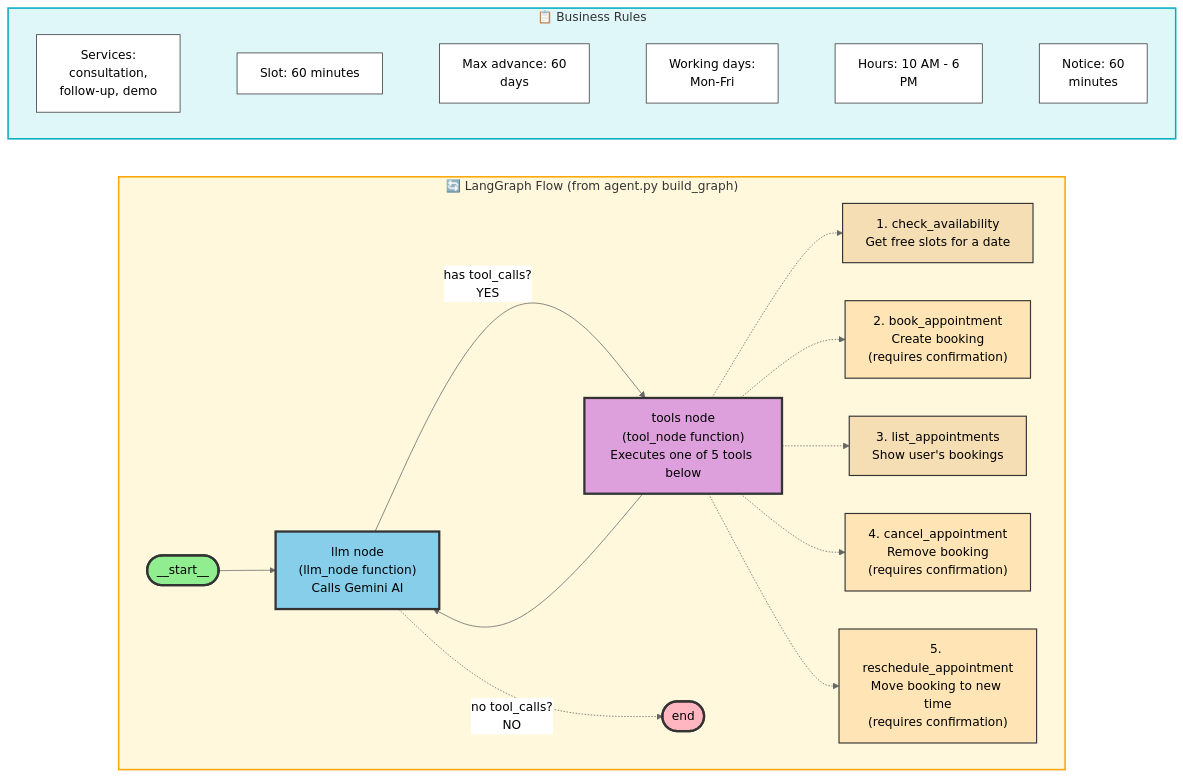
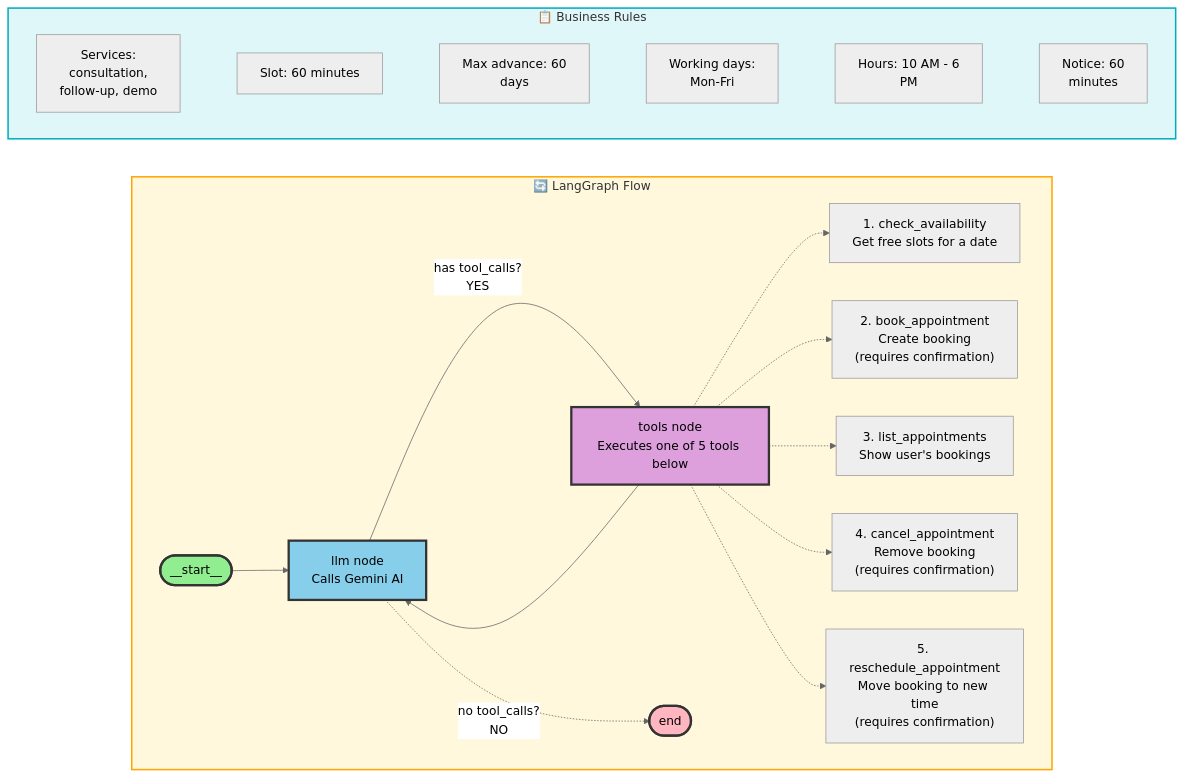
One commit to SoftCr8ors/AI-Appointment-Booking-Agent changed the diagram in README.md. Above: the diagram before and after it, drawn with Mermaid (neutral theme). The commit also changed other lines of this file, not shown here.

Commit message:
Simplify System Flow diagram - remove verbose labels and styling

````diff
--- a/README.md
+++ b/README.md
@@ -28,61 +28,48 @@
 ```mermaid
 flowchart TB
     subgraph RULES["📋 Business Rules"]
         direction LR
         R1["Services:<br/>consultation,<br/>follow-up, demo"]
         R2["Slot: 60 minutes"]
         R3["Max advance: 60<br/>days"]
         R4["Working days:<br/>Mon-Fri"]
         R5["Hours: 10 AM - 6<br/>PM"]
         R6["Notice: 60<br/>minutes"]
-
+        
         R1 ~~~ R2 ~~~ R3 ~~~ R4 ~~~ R5 ~~~ R6
     end
 
-    subgraph FLOW["🔄 LangGraph Flow (from agent.py build_graph)"]
+    subgraph FLOW["🔄 LangGraph Flow"]
         START(["__start__"])
-        LLM["llm node<br/>(llm_node function)<br/>Calls Gemini AI"]
-        TOOLS["tools node<br/>(tool_node function)<br/>Executes one of 5 tools below"]
+        LLM["llm node<br/>Calls Gemini AI"]
+        TOOLS["tools node<br/>Executes one of 5 tools below"]
         END(["end"])
-
+        
         T1["1. check_availability<br/>Get free slots for a date"]
         T2["2. book_appointment<br/>Create booking<br/>(requires confirmation)"]
         T3["3. list_appointments<br/>Show user's bookings"]
         T4["4. cancel_appointment<br/>Remove booking<br/>(requires confirmation)"]
         T5["5. reschedule_appointment<br/>Move booking to new time<br/>(requires confirmation)"]
-
+        
         START --> LLM
         LLM -->|"has tool_calls?<br/>YES"| TOOLS
         LLM -.->|"no tool_calls?<br/>NO"| END
         TOOLS --> LLM
-
+        
         TOOLS -.-> T1
         TOOLS -.-> T2
         TOOLS -.-> T3
         TOOLS -.-> T4
         TOOLS -.-> T5
     end
 
     RULES ~~~ FLOW
 
     style RULES fill:#E0F7FA,stroke:#00ACC1,stroke-width:2px
     style FLOW fill:#FFF8DC,stroke:#FFA500,stroke-width:2px
-
+    
     style START fill:#90EE90,stroke:#333,stroke-width:3px
     style LLM fill:#87CEEB,stroke:#333,stroke-width:3px
     style TOOLS fill:#DDA0DD,stroke:#333,stroke-width:3px
     style END fill:#FFB6C1,stroke:#333,stroke-width:3px
-
-    style R1 fill:#FFF,stroke:#333,stroke-width:1px
-    style R2 fill:#FFF,stroke:#333,stroke-width:1px
-    style R3 fill:#FFF,stroke:#333,stroke-width:1px
-    style R4 fill:#FFF,stroke:#333,stroke-width:1px
-    style R5 fill:#FFF,stroke:#333,stroke-width:1px
-    style R6 fill:#FFF,stroke:#333,stroke-width:1px
-
-    style T1 fill:#F5DEB3,stroke:#333,stroke-width:1.5px
-    style T2 fill:#FFE4B5,stroke:#333,stroke-width:1.5px
-    style T3 fill:#F5DEB3,stroke:#333,stroke-width:1.5px
-    style T4 fill:#FFE4B5,stroke:#333,stroke-width:1.5px
-    style T5 fill:#FFE4B5,stroke:#333,stroke-width:1.5px
 ```
````
